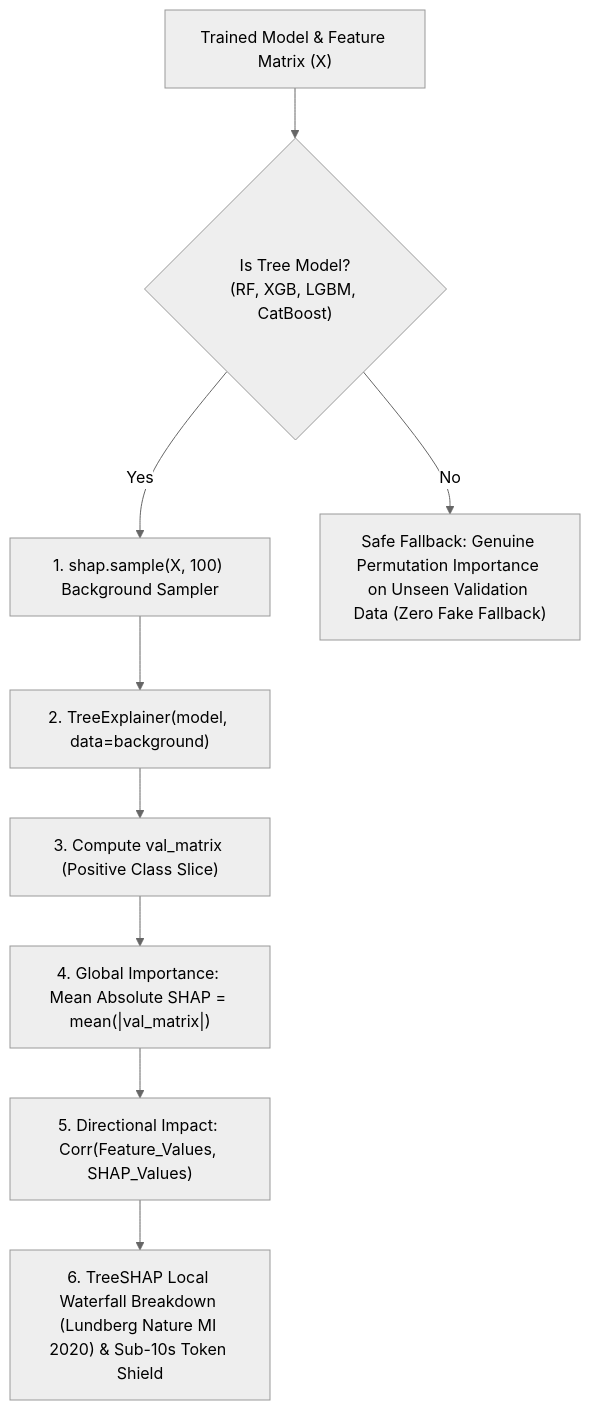
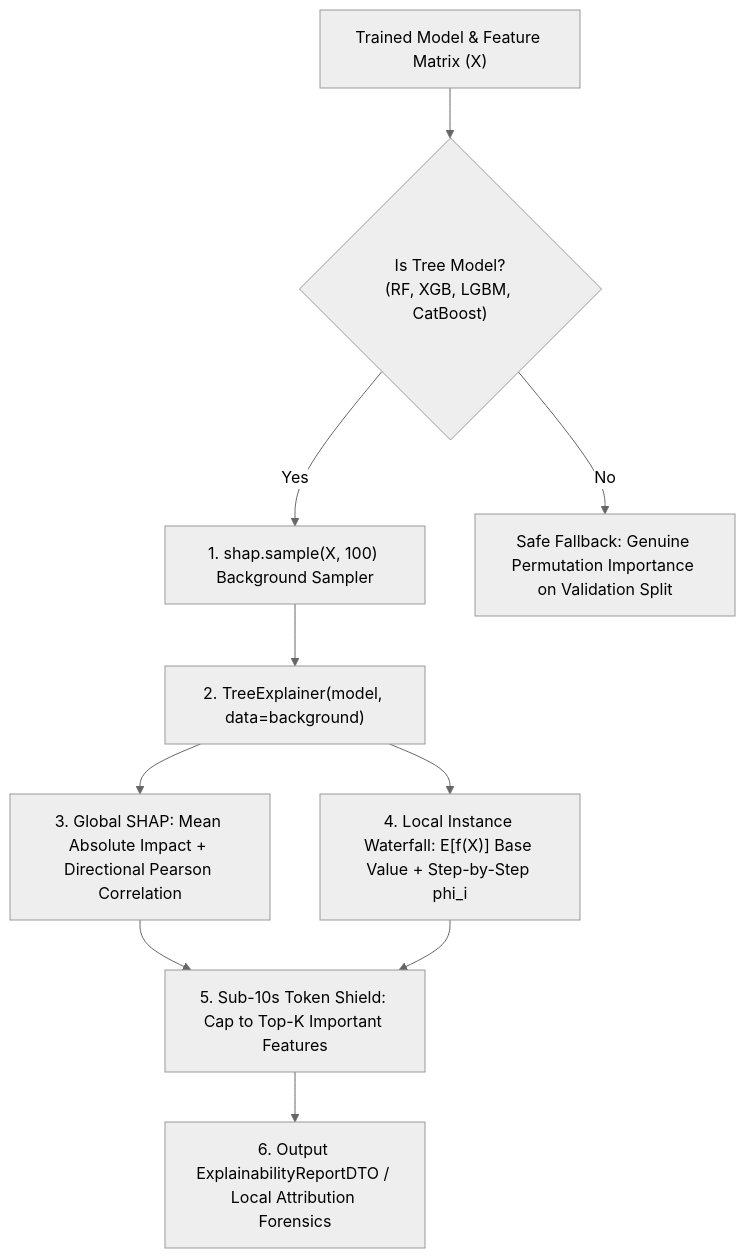
One commit to sadik004/ml-mcp changed the second of 2 diagrams in docs/tools/ml_explain_predictions.md. Above: the diagram before and after it, drawn with Mermaid (neutral theme). The commit also changed other lines of this file and 2 other files, not shown here.

Commit message:
docs(phase-4): completely rewrite Section 5 and 6 in Phase 4 deep dive docs with research foundations and full JSON schemas

````diff
--- a/docs/tools/ml_explain_predictions.md
+++ b/docs/tools/ml_explain_predictions.md
@@ -83,11 +83,12 @@
 ```mermaid
 flowchart TD
     A["Trained Model & Feature Matrix (X)"] --> B{"Is Tree Model?<br/>(RF, XGB, LGBM, CatBoost)"}
     B -->|Yes| C["1. shap.sample(X, 100) Background Sampler"]
-    B -->|No| D["Safe Fallback: Genuine Permutation Importance on Unseen Validation Data (Zero Fake Fallback)"]
+    B -->|No| D["Safe Fallback: Genuine Permutation Importance on Validation Split"]
     C --> E["2. TreeExplainer(model, data=background)"]
-    E --> F["3. Compute val_matrix (Positive Class Slice)"]
-    F --> G["4. Global Importance: Mean Absolute SHAP = mean(|val_matrix|)"]
-    G --> H["5. Directional Impact: Corr(Feature_Values, SHAP_Values)"]
-    H --> I["6. TreeSHAP Local Waterfall Breakdown (Lundberg Nature MI 2020) & Sub-10s Token Shield"]
+    E --> F["3. Global SHAP: Mean Absolute Impact + Directional Pearson Correlation"]
+    E --> G["4. Local Instance Waterfall: E[f(X)] Base Value + Step-by-Step phi_i"]
+    F --> H["5. Sub-10s Token Shield: Cap to Top-K Important Features"]
+    G --> H
+    H --> I["6. Output ExplainabilityReportDTO / Local Attribution Forensics"]
 ```
````
